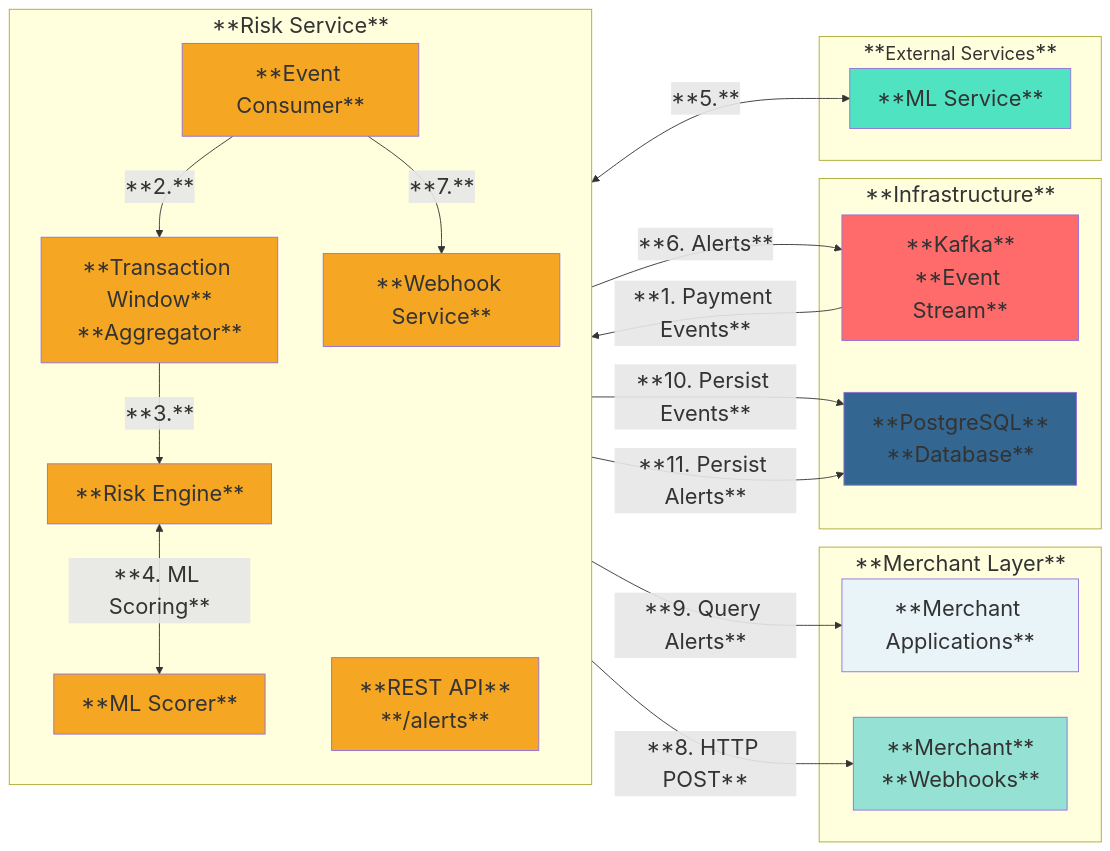
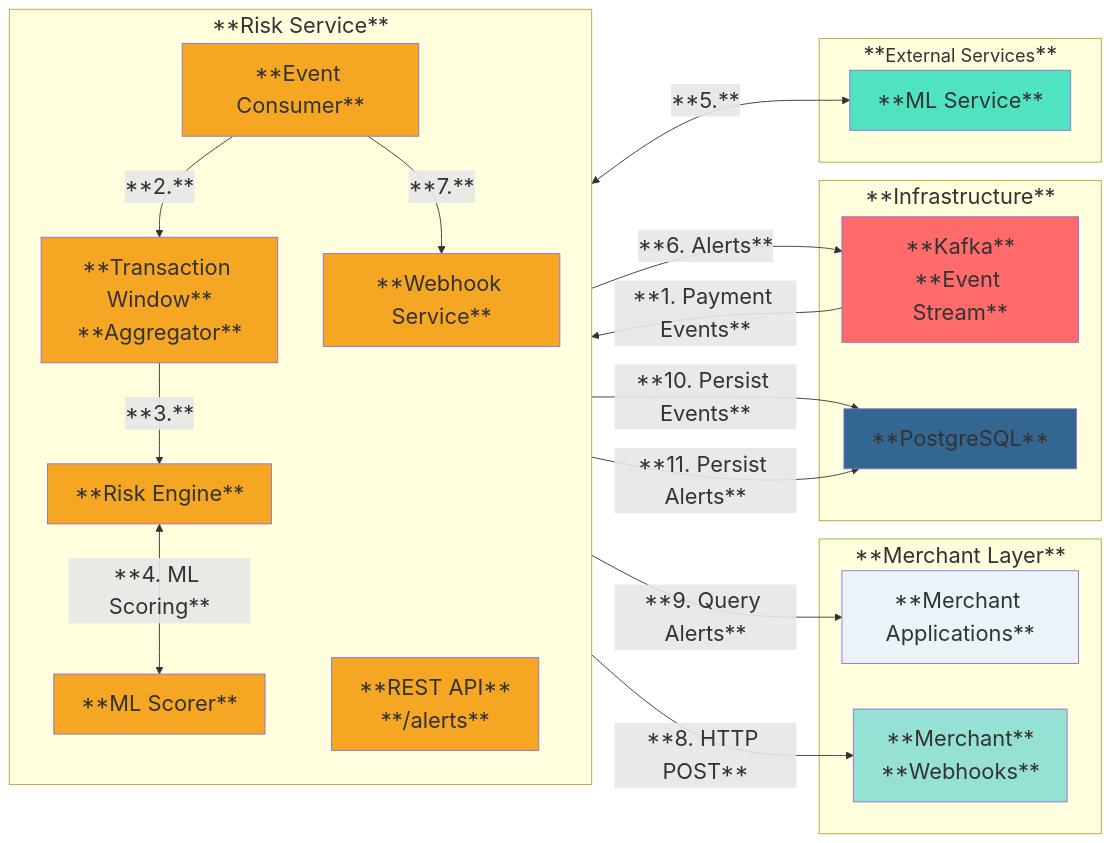
One commit to mehal1/payment-integration-framework changed the second of 3 diagrams in README.md. Above: the diagram before and after it, drawn with Mermaid. The commit also changed other lines of this file, not shown here.

Commit message:
feat: add payment query and reporting APIs
Add REST endpoints for querying transactions, events, and statistics.
Includes filtering, pagination, and aggregated stats for merchants and operations teams.

````diff
--- a/README.md
+++ b/README.md
@@ -176,55 +176,55 @@
 ```mermaid
 ---
 config:
   themeVariables:
     fontSize: 24px
     fontFamily: ''
     primaryTextColor: '#000000'
     lineColor: '#333333'
   layout: dagre
 ---
 flowchart LR
  subgraph ML["**Merchant Layer**"]
         MerchantApps["**Merchant Applications**"]
         MerchantWebhooks["**Merchant**<br>**Webhooks**"]
   end
  subgraph RS["**Risk Service**"]
     direction TB
         Consumer["**Event Consumer**"]
         Aggregator["**Transaction Window**<br>**Aggregator**"]
         RiskEngine["**Risk Engine**"]
         MLScorer["**ML Scorer**"]
         WebhookService["**Webhook Service**"]
         AlertAPI["**REST API**<br>**/alerts**"]
   end
  subgraph DL["**Infrastructure**"]
         Kafka["**Kafka**<br>**Event Stream**"]
-        PostgreSQL["**PostgreSQL**<br>**Database**"]
+        PostgreSQL["**PostgreSQL**"]
   end
  subgraph ES["**<small>External Services</small>**"]
         MLService["**ML Service**"]
   end
     Kafka -- "**1. Payment Events**" --> Consumer
     Consumer -- "**2.**" --> Aggregator
     Aggregator -- "**3.**" --> RiskEngine
     RiskEngine <-- "**4. ML Scoring**" --> MLScorer
     MLScorer <-- "**5.**" --> MLService
     Consumer -- "**6. Alerts**" --> Kafka
     Consumer -- "**7.**" --> WebhookService
     Consumer -- "**10. Persist Events**" --> PostgreSQL
     Consumer -- "**11. Persist Alerts**" --> PostgreSQL
     WebhookService -- "**8. HTTP POST**" --> MerchantWebhooks
     AlertAPI -- "**9. Query Alerts**" --> MerchantApps
 
     style MerchantApps fill:#E8F4F8
     style MerchantWebhooks fill:#95E1D3
     style Consumer fill:#F5A623
     style Aggregator fill:#F5A623
     style RiskEngine fill:#F5A623
     style MLScorer fill:#F5A623
     style WebhookService fill:#F5A623
     style AlertAPI fill:#F5A623
     style Kafka fill:#FF6B6B
     style PostgreSQL fill:#336791
     style MLService fill:#50E3C2
 ```
````
